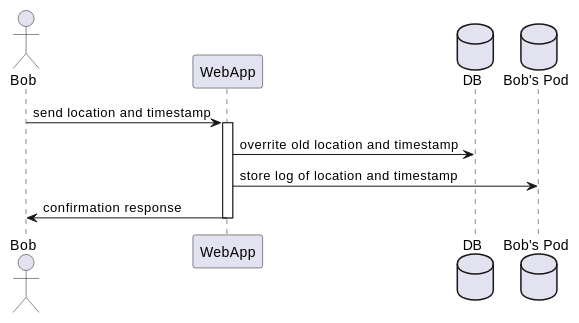
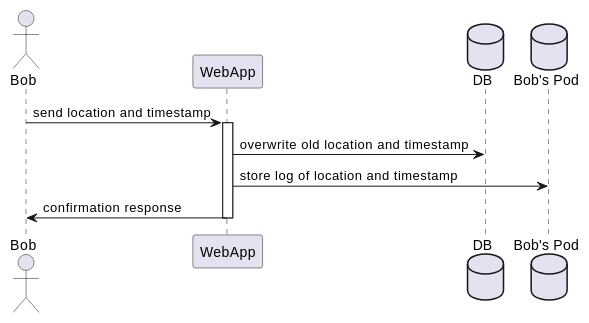
The first of 2 diagrams in webapp/docs/06_runtime_view.adoc (Arquisoft/radarin_en2b), drawn with PlantUML before and after one commit. The commit also changed 11 other files, not shown here.

```diff
--- a/webapp/docs/06_runtime_view.adoc
+++ b/webapp/docs/06_runtime_view.adoc
@@ -35,17 +35,17 @@
 [plantuml,"sequence-upload-location",svg]
 ....
 actor Bob as u
 participant WebApp as wa
 database DB as db
 database "Bob's Pod" as pod
 
 u -> wa : send location and timestamp
 activate wa
 
-wa -> db : overrite old location and timestamp
+wa -> db : overwrite old location and timestamp
 wa -> pod : store log of location and timestamp
 
 wa -> u : confirmation response
 
 deactivate wa
 ....
```
